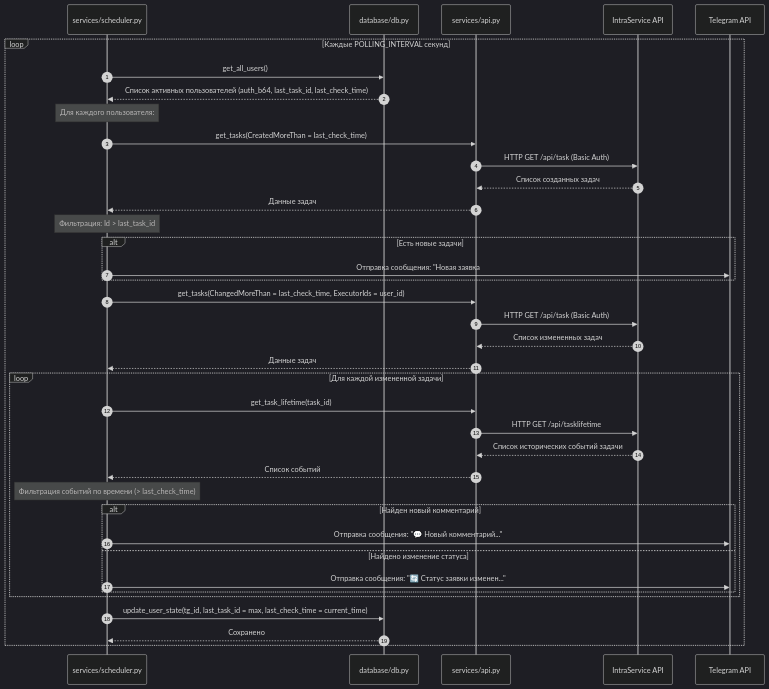
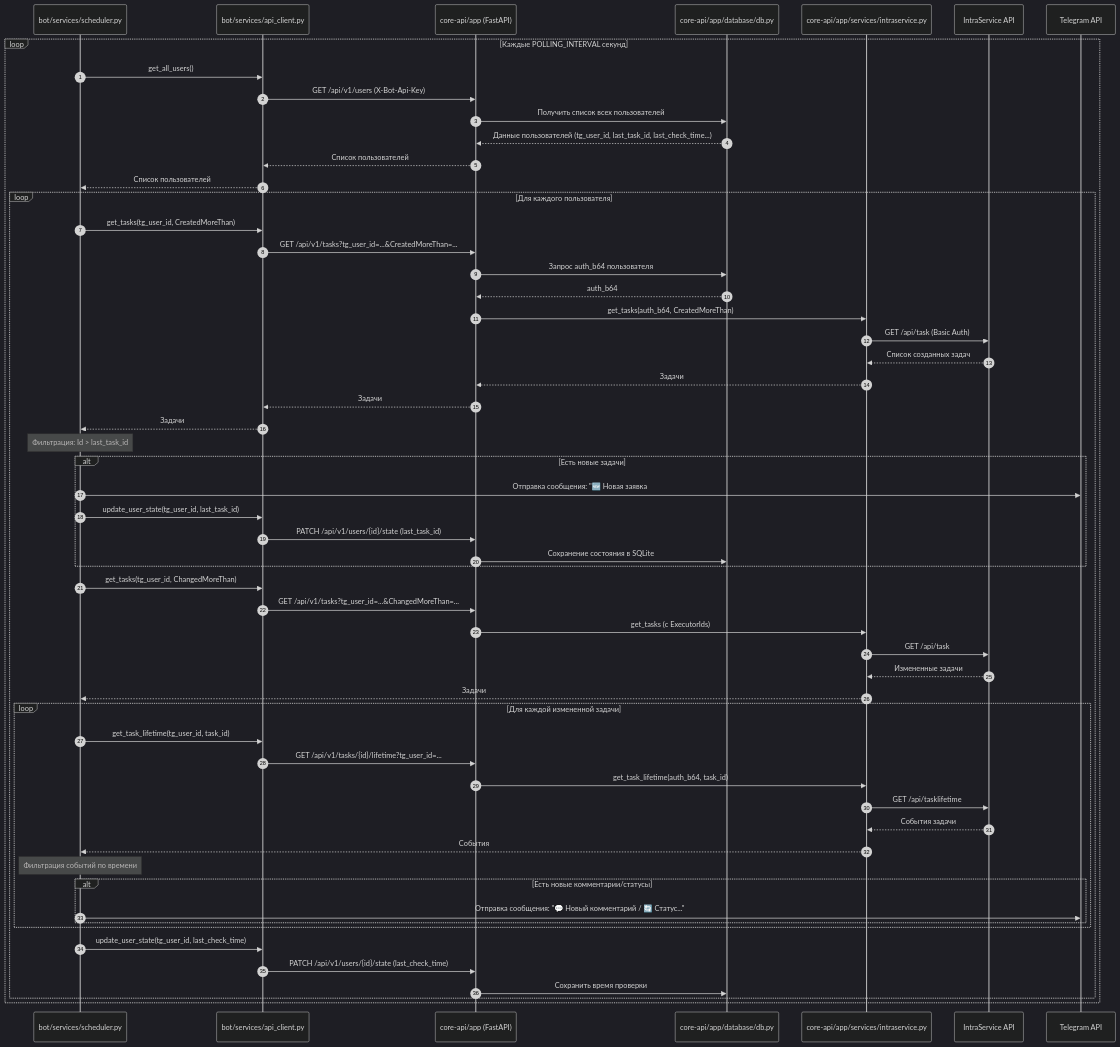
Before and after one commit to Unlesssebl/IntraLink: the third of 3 diagrams in docs/architecture_schema.md, drawn with Mermaid (dark theme). The commit also changed other lines of this file and 36 other files, not shown here.

Commit message:
refactor: decouple bot into fastapi core-api and tg-bot services

````diff
--- a/docs/architecture_schema.md
+++ b/docs/architecture_schema.md
@@ -111,48 +129,66 @@
 ```mermaid
 sequenceDiagram
     autonumber
-    participant Sch as services/scheduler.py
-    participant DB as database/db.py
-    participant API as services/api.py
+    participant Sch as bot/services/scheduler.py
+    participant BotC as bot/services/api_client.py
+    participant CoreAPI as core-api/app (FastAPI)
+    participant CoreDB as core-api/app/database/db.py
+    participant CoreIS as core-api/app/services/intraservice.py
     participant IS as IntraService API
     participant TG as Telegram API
 
     loop Каждые POLLING_INTERVAL секунд
-        Sch->>DB: get_all_users()
-        DB-->>Sch: Список активных пользователей (auth_b64, last_task_id, last_check_time)
+        Sch->>BotC: get_all_users()
+        BotC->>CoreAPI: GET /api/v1/users (X-Bot-Api-Key)
+        CoreAPI->>CoreDB: Получить список всех пользователей
+        CoreDB-->>CoreAPI: Данные пользователей (tg_user_id, last_task_id, last_check_time...)
+        CoreAPI-->>BotC: Список пользователей
+        BotC-->>Sch: Список пользователей
         
-        Note over Sch: Для каждого пользователя:
-        
-        %% 1. Новые заявки
-        Sch->>API: get_tasks(CreatedMoreThan = last_check_time)
-        API->>IS: HTTP GET /api/task (Basic Auth)
-        IS-->>API: Список созданных задач
-        API-->>Sch: Данные задач
-        Note over Sch: Фильтрация: Id > last_task_id
-        alt Есть новые задачи
-            Sch->>TG: Отправка сообщения: "Новая заявка #ID"
+        loop Для каждого пользователя
+            %% 1. Новые задачи
+            Sch->>BotC: get_tasks(tg_user_id, CreatedMoreThan)
+            BotC->>CoreAPI: GET /api/v1/tasks?tg_user_id=...&CreatedMoreThan=...
+            CoreAPI->>CoreDB: Запрос auth_b64 пользователя
+            CoreDB-->>CoreAPI: auth_b64
+            CoreAPI->>CoreIS: get_tasks(auth_b64, CreatedMoreThan)
+            CoreIS->>IS: GET /api/task (Basic Auth)
+            IS-->>CoreIS: Список созданных задач
+            CoreIS-->>CoreAPI: Задачи
+            CoreAPI-->>BotC: Задачи
+            BotC-->>Sch: Задачи
+            Note over Sch: Фильтрация: Id > last_task_id
+            alt Есть новые задачи
+                Sch->>TG: Отправка сообщения: "🆕 Новая заявка #ID"
+                Sch->>BotC: update_user_state(tg_user_id, last_task_id)
+                BotC->>CoreAPI: PATCH /api/v1/users/{id}/state (last_task_id)
+                CoreAPI->>CoreDB: Сохранение состояния в SQLite
+            end
+
+            %% 2. Изменения / комментарии
+            Sch->>BotC: get_tasks(tg_user_id, ChangedMoreThan)
+            BotC->>CoreAPI: GET /api/v1/tasks?tg_user_id=...&ChangedMoreThan=...
+            CoreAPI->>CoreIS: get_tasks (с ExecutorIds)
+            CoreIS->>IS: GET /api/task
+            IS-->>CoreIS: Измененные задачи
+            CoreIS-->>Sch: Задачи
+            
+            loop Для каждой измененной задачи
+                Sch->>BotC: get_task_lifetime(tg_user_id, task_id)
+                BotC->>CoreAPI: GET /api/v1/tasks/{id}/lifetime?tg_user_id=...
+                CoreAPI->>CoreIS: get_task_lifetime(auth_b64, task_id)
+                CoreIS->>IS: GET /api/tasklifetime
+                IS-->>CoreIS: События задачи
+                CoreIS-->>Sch: События
+                Note over Sch: Фильтрация событий по времени
+                alt Есть новые комментарии/статусы
+                    Sch->>TG: Отправка сообщения: "💬 Новый комментарий / 🔄 Статус..."
+                end
+            end
+
+            Sch->>BotC: update_user_state(tg_user_id, last_check_time)
+            BotC->>CoreAPI: PATCH /api/v1/users/{id}/state (last_check_time)
+            CoreAPI->>CoreDB: Сохранить время проверки
         end
-
-        %% 2. Изменения в существующих задачах
-        Sch->>API: get_tasks(ChangedMoreThan = last_check_time, ExecutorIds = user_id)
-        API->>IS: HTTP GET /api/task (Basic Auth)
-        IS-->>API: Список измененных задач
-        API-->>Sch: Данные задач
-        
-        loop Для каждой измененной задачи
-            Sch->>API: get_task_lifetime(task_id)
-            API->>IS: HTTP GET /api/tasklifetime
-            IS-->>API: Список исторических событий задачи
-            API-->>Sch: Список событий
-            Note over Sch: Фильтрация событий по времени (> last_check_time)
-            alt Найден новый комментарий
-                Sch->>TG: Отправка сообщения: "💬 Новый комментарий..."
-            else Найдено изменение статуса
-                Sch->>TG: Отправка сообщения: "🔄 Статус заявки изменен..."
-            end
-        end
-        
-        Sch->>DB: update_user_state(tg_id, last_task_id = max, last_check_time = current_time)
-        DB-->>Sch: Сохранено
     end
 ```
````
